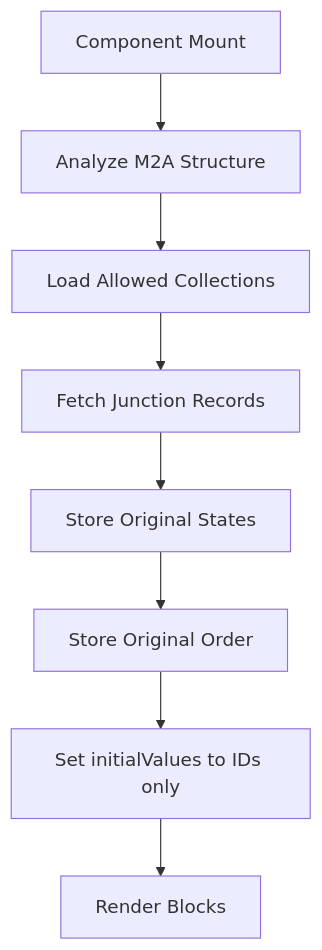
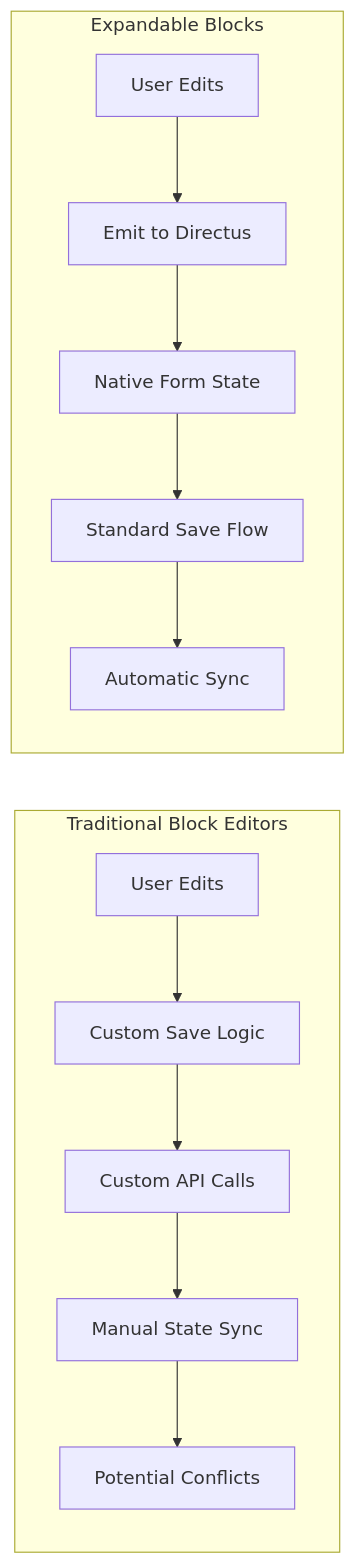
One commit to smartlabsAT/directus-expandable-blocks changed the first of 14 diagrams in ARCHITECTURE.md. Above: the diagram before and after it, drawn with Mermaid. The commit also changed other lines of this file, not shown here.

First line of the commit message:
docs: add comprehensive store architecture documentation

````diff
--- a/ARCHITECTURE.md
+++ b/ARCHITECTURE.md
@@ -197,10 +189,16 @@
 ```mermaid
-graph TD
-    A[Component Mount] --> B[Analyze M2A Structure]
-    B --> C[Load Allowed Collections]
-    C --> D[Fetch Junction Records]
-    D --> E[Store Original States]
-    E --> F[Store Original Order]
-    F --> G[Set initialValues to IDs only]
-    G --> H[Render Blocks]
+graph LR
+    subgraph "Traditional Block Editors"
+        A1[User Edits] --> A2[Custom Save Logic]
+        A2 --> A3[Custom API Calls]
+        A3 --> A4[Manual State Sync]
+        A4 --> A5[Potential Conflicts]
+    end
+    
+    subgraph "Expandable Blocks"
+        B1[User Edits] --> B2[Emit to Directus]
+        B2 --> B3[Native Form State]
+        B3 --> B4[Standard Save Flow]
+        B4 --> B5[Automatic Sync]
+    end
 ```
````
